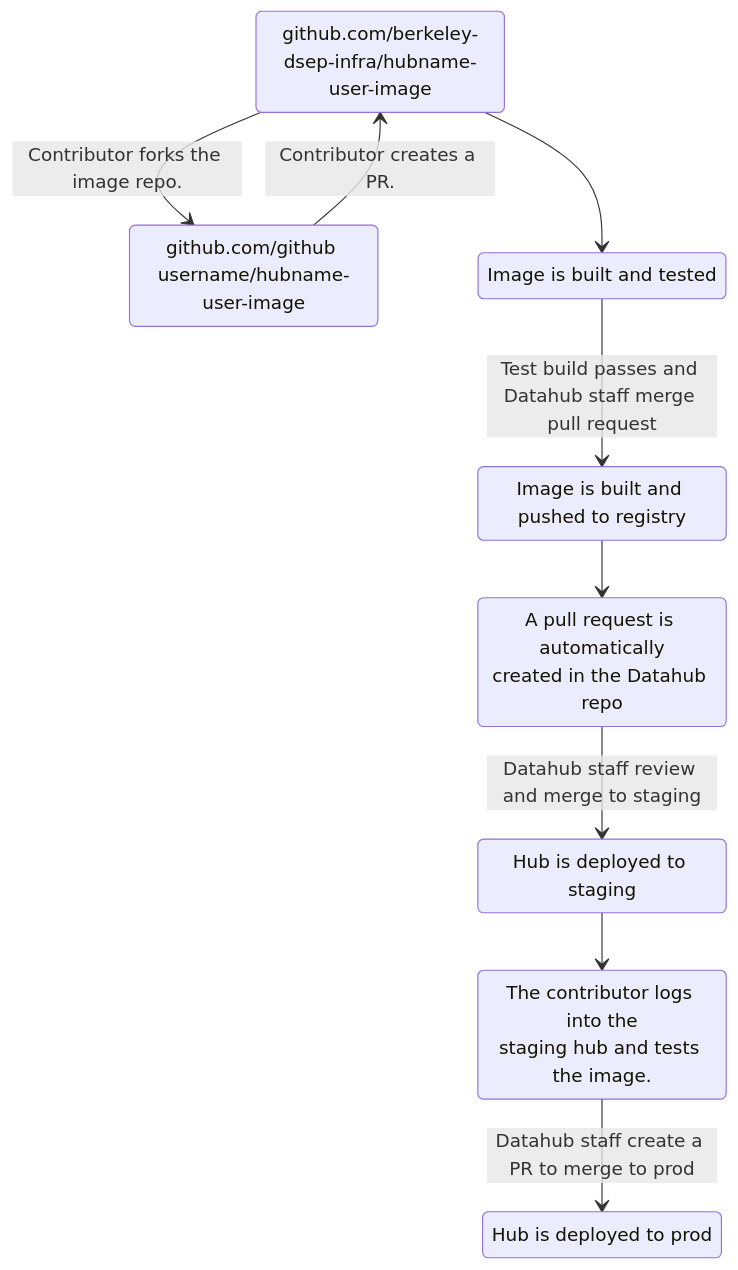
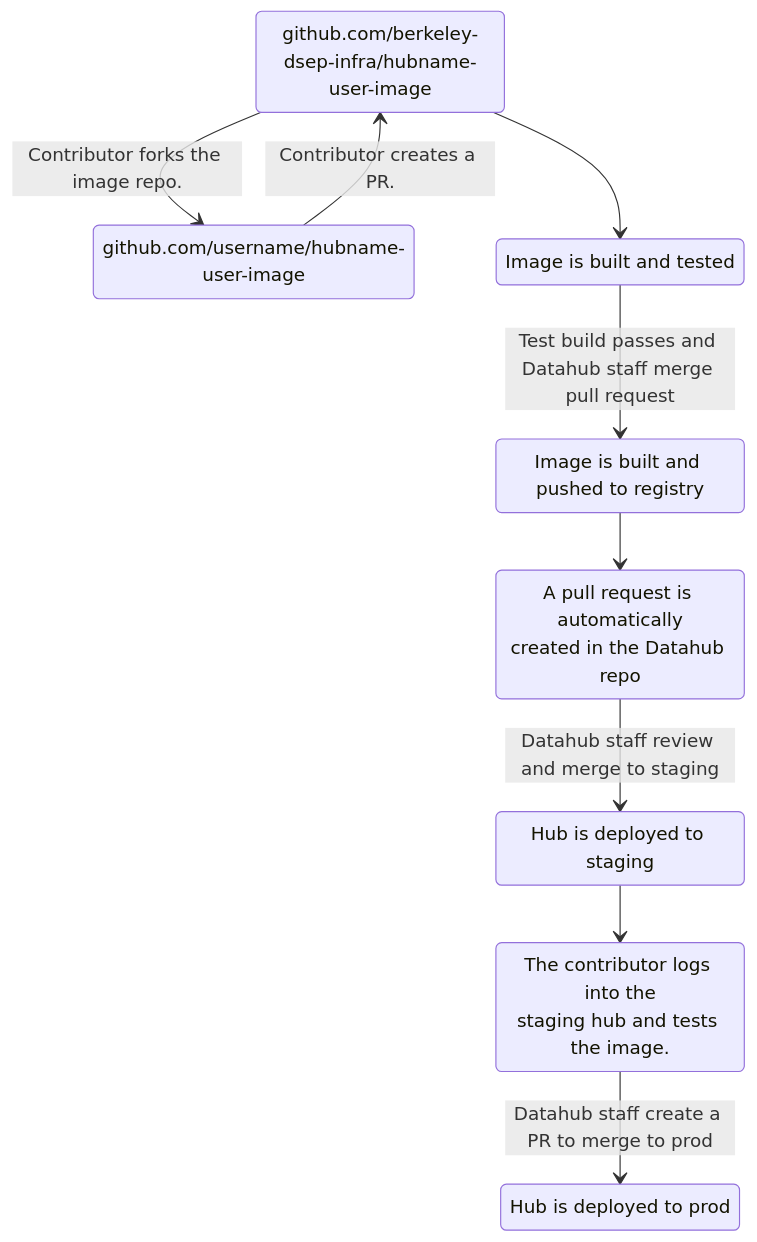
The diagram in docs/admins/cicd-github-actions.qmd (sean-morris/datahub), drawn with Mermaid before and after one commit.

Commit message:
This fixes the alternative color scheme.
Not sure why -- it was only affecting one node.

````diff
--- a/docs/admins/cicd-github-actions.qmd
+++ b/docs/admins/cicd-github-actions.qmd
@@ -121,23 +121,23 @@
 ```{mermaid}
 %% State diagram documentation at
 %% https://mermaid.js.org/syntax/stateDiagram.html
 
 stateDiagram-v2
     image_repo: github.com/berkeley-dsep-infra/hubname-user-image
-    forked_repo: github.com/github username/hubname-user-image
+    user_repo: github.com/username/hubname-user-image
     image_test_build: Image is built and tested
     image_push_build: Image is built and pushed to registry
     pr_created: A pull request is automatically<br/>created in the Datahub repo
     deploy_to_staging: Hub is deployed to staging
     contributor_tests: The contributor logs into the<br/>staging hub and tests the image.
     deploy_to_prod: Hub is deployed to prod
 
-    image_repo --> forked_repo: Contributor forks the image repo.
-    forked_repo --> image_repo: Contributor creates a PR.
+    image_repo --> user_repo: Contributor forks the image repo.
+    user_repo --> image_repo: Contributor creates a PR.
     image_repo --> image_test_build
     image_test_build --> image_push_build: Test build passes and Datahub staff merge pull request
     image_push_build --> pr_created
     pr_created --> deploy_to_staging: Datahub staff review and merge to staging
     deploy_to_staging --> contributor_tests
     contributor_tests --> deploy_to_prod: Datahub staff create a PR to merge to prod
 ```
````
